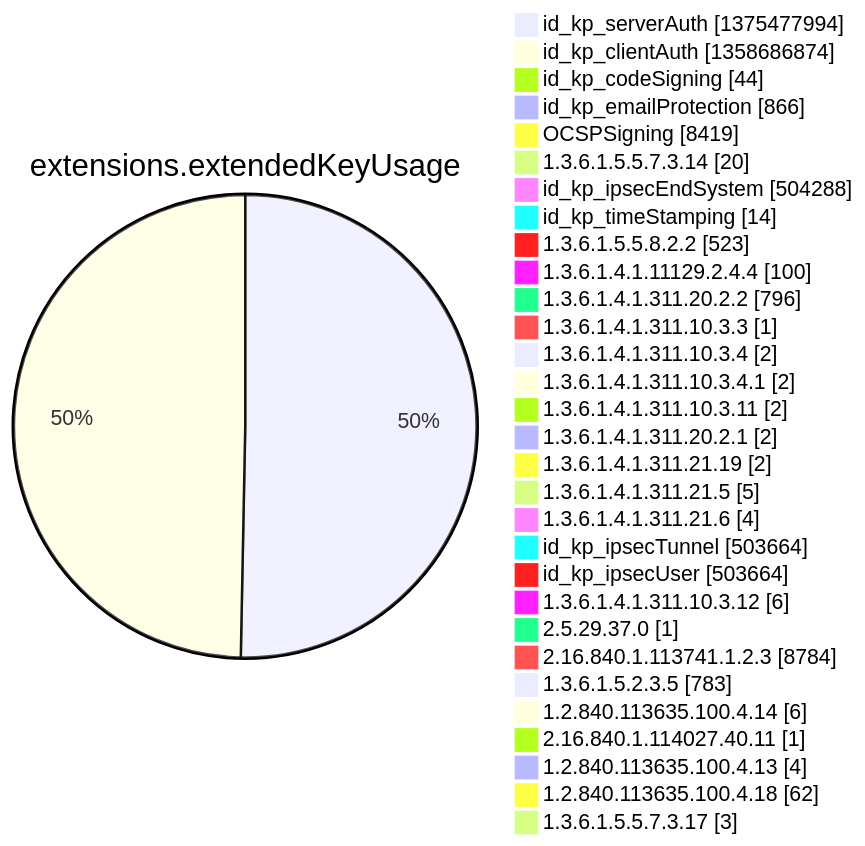
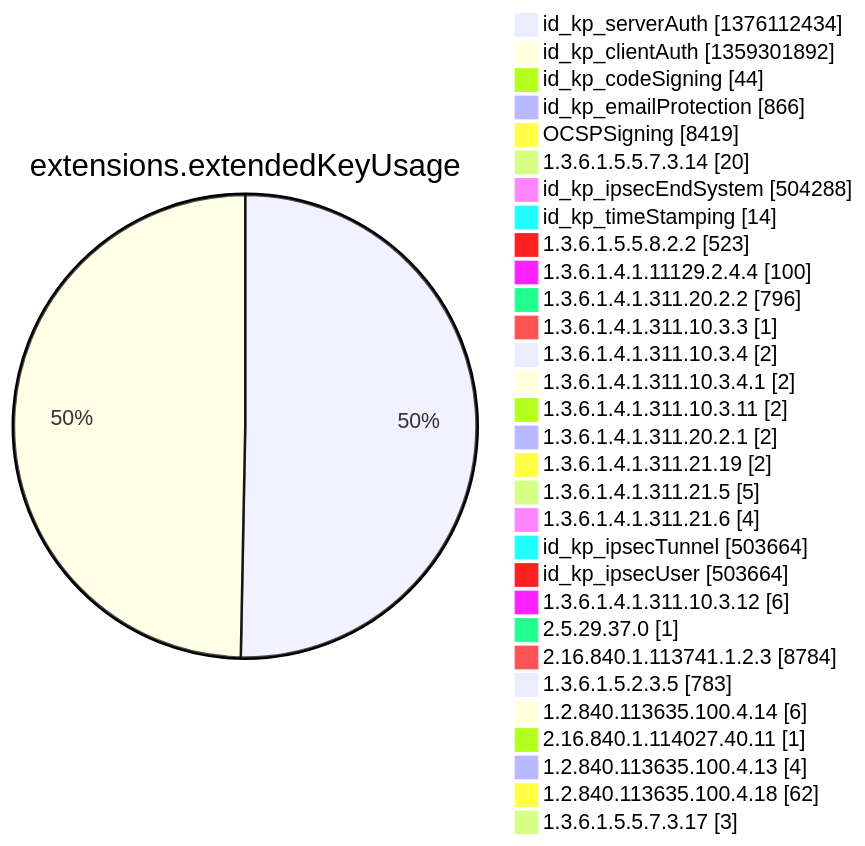
One commit to christiankrug/ctmonitor_visualization changed diagram 12 of 15 in argon2022/README.md. Above: the diagram before and after it, drawn with Mermaid. The commit also changed other lines of this file, not shown here.

````diff
--- a/argon2022/README.md
+++ b/argon2022/README.md
@@ -3553,34 +3553,34 @@
 ```mermaid
 pie showData
 title extensions.extendedKeyUsage
-"id_kp_serverAuth" :1375477994
-"id_kp_clientAuth" :1358686874
+"id_kp_serverAuth" :1376112434
+"id_kp_clientAuth" :1359301892
 "id_kp_codeSigning" :44
 "id_kp_emailProtection" :866
 "OCSPSigning" :8419
 "1.3.6.1.5.5.7.3.14" :20
 "id_kp_ipsecEndSystem" :504288
 "id_kp_timeStamping" :14
 "1.3.6.1.5.5.8.2.2" :523
 "1.3.6.1.4.1.11129.2.4.4" :100
 "1.3.6.1.4.1.311.20.2.2" :796
 "1.3.6.1.4.1.311.10.3.3" :1
 "1.3.6.1.4.1.311.10.3.4" :2
 "1.3.6.1.4.1.311.10.3.4.1" :2
 "1.3.6.1.4.1.311.10.3.11" :2
 "1.3.6.1.4.1.311.20.2.1" :2
 "1.3.6.1.4.1.311.21.19" :2
 "1.3.6.1.4.1.311.21.5" :5
 "1.3.6.1.4.1.311.21.6" :4
 "id_kp_ipsecTunnel" :503664
 "id_kp_ipsecUser" :503664
 "1.3.6.1.4.1.311.10.3.12" :6
 "2.5.29.37.0" :1
 "2.16.840.1.113741.1.2.3" :8784
 "1.3.6.1.5.2.3.5" :783
 "1.2.840.113635.100.4.14" :6
 "2.16.840.1.114027.40.11" :1
 "1.2.840.113635.100.4.13" :4
 "1.2.840.113635.100.4.18" :62
 "1.3.6.1.5.5.7.3.17" :3
 ```
````
